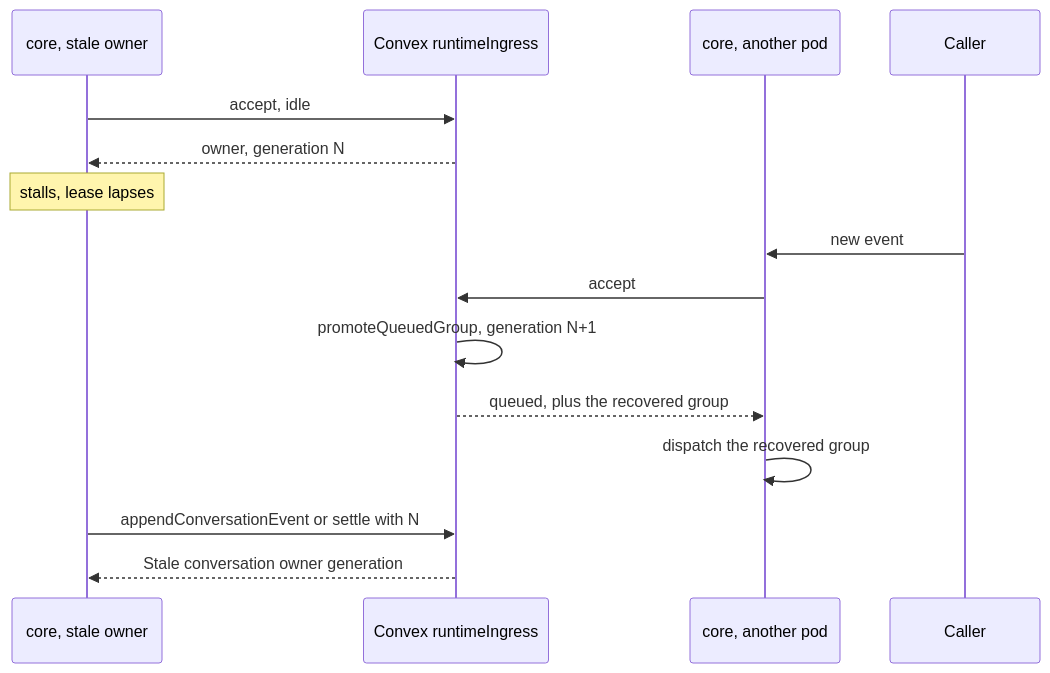
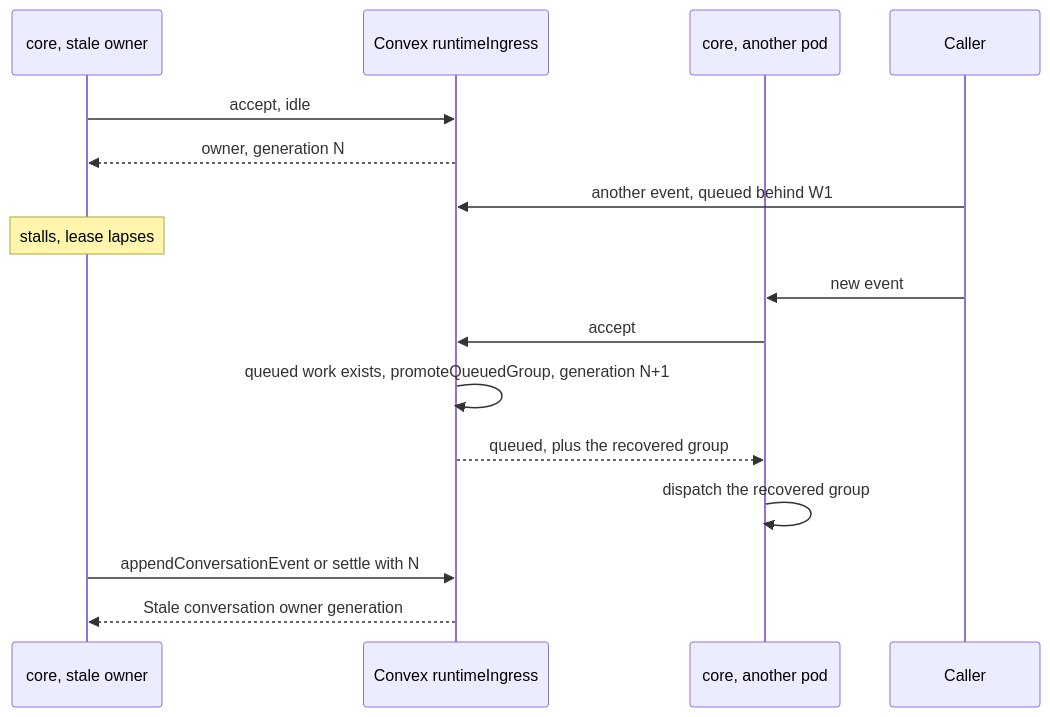
Before and after one commit to beeblastco/broods: the first of 4 diagrams in apps/docs/docs/internals/queue-and-steer.md, drawn with Mermaid. The commit also changed other lines of this file and 8 other files, not shown here.

First line of the commit message:
docs: fix internals diagrams that disagreed with the code

````diff
--- a/apps/docs/docs/internals/queue-and-steer.md
+++ b/apps/docs/docs/internals/queue-and-steer.md
@@ -89,18 +89,19 @@
 ```mermaid
 sequenceDiagram
   participant W1 as core, stale owner
   participant CX as Convex runtimeIngress
   participant W2 as core, another pod
   participant C as Caller
 
   W1->>CX: accept, idle
   CX-->>W1: owner, generation N
+  C->>CX: another event, queued behind W1
   Note over W1: stalls, lease lapses
   C->>W2: new event
   W2->>CX: accept
-  CX->>CX: promoteQueuedGroup, generation N+1
+  CX->>CX: queued work exists, promoteQueuedGroup, generation N+1
   CX-->>W2: queued, plus the recovered group
   W2->>W2: dispatch the recovered group
   W1->>CX: appendConversationEvent or settle with N
   CX-->>W1: Stale conversation owner generation
 ```
````
